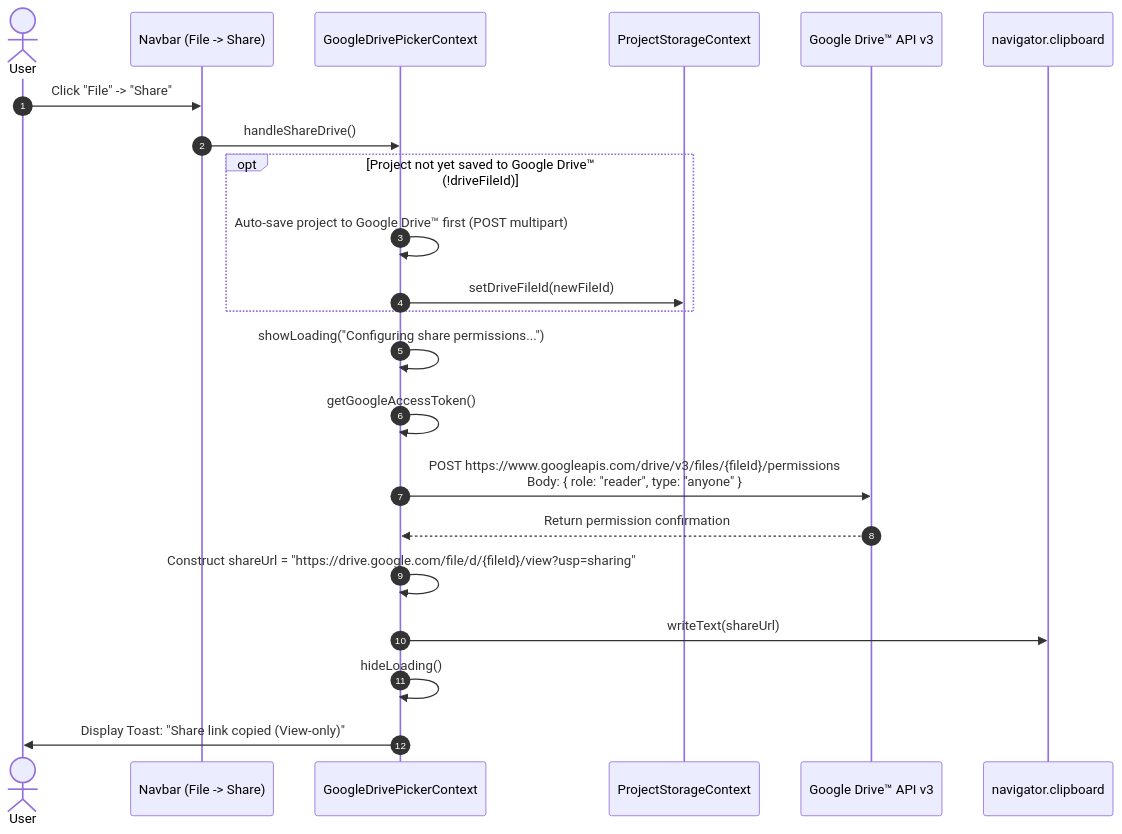
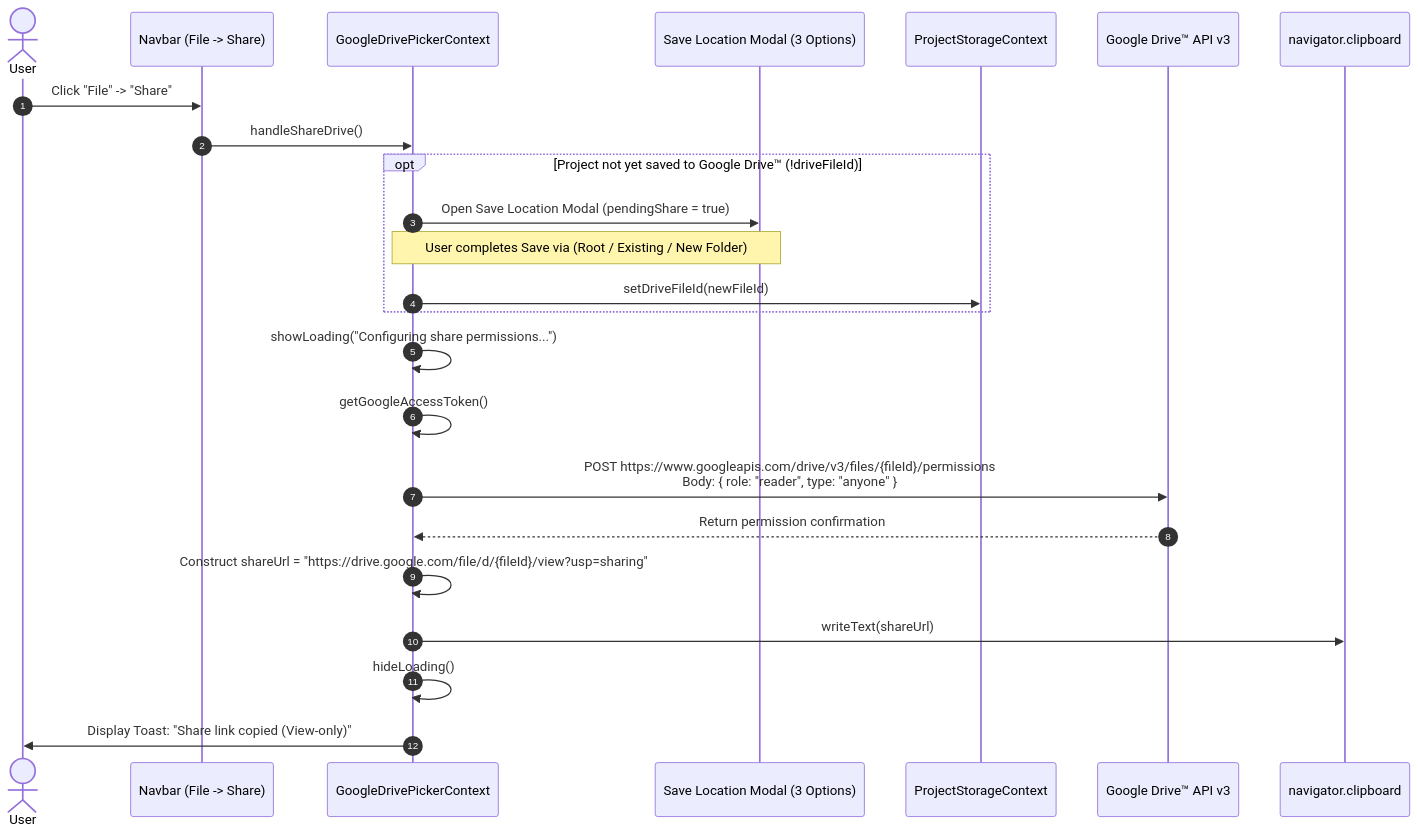
Before and after one commit to helitoo/silic: the tenth of 11 diagrams in public/docs/silic-storage.md, drawn with Mermaid. The commit also changed other lines of this file and 8 other files, not shown here.

Commit message:
Update Drive flow

````diff
--- a/public/docs/silic-storage.md
+++ b/public/docs/silic-storage.md
@@ -789,29 +812,31 @@
 ```mermaid
 sequenceDiagram
     autonumber
     actor User as User
     participant Navbar as Navbar (File -> Share)
     participant DriveCtx as GoogleDrivePickerContext
+    participant SaveModal as Save Location Modal (3 Options)
     participant StorageCtx as ProjectStorageContext
     participant DriveAPI as Google Drive™ API v3
     participant Clipboard as navigator.clipboard
 
     User->>Navbar: Click "File" -> "Share"
     Navbar->>DriveCtx: handleShareDrive()
 
     opt Project not yet saved to Google Drive™ (!driveFileId)
-        DriveCtx->>DriveCtx: Auto-save project to Google Drive™ first (POST multipart)
+        DriveCtx->>SaveModal: Open Save Location Modal (pendingShare = true)
+        Note over SaveModal,DriveCtx: User completes Save via (Root / Existing / New Folder)
         DriveCtx->>StorageCtx: setDriveFileId(newFileId)
     end
 
     DriveCtx->>DriveCtx: showLoading("Configuring share permissions...")
     DriveCtx->>DriveCtx: getGoogleAccessToken()
 
     DriveCtx->>DriveAPI: POST https://www.googleapis.com/drive/v3/files/{fileId}/permissions<br/>Body: { role: "reader", type: "anyone" }
     DriveAPI-->>DriveCtx: Return permission confirmation
 
     DriveCtx->>DriveCtx: Construct shareUrl = "https://drive.google.com/file/d/{fileId}/view?usp=sharing"
     DriveCtx->>Clipboard: writeText(shareUrl)
     DriveCtx->>DriveCtx: hideLoading()
     DriveCtx->>User: Display Toast: "Share link copied (View-only)"
 ```
````
